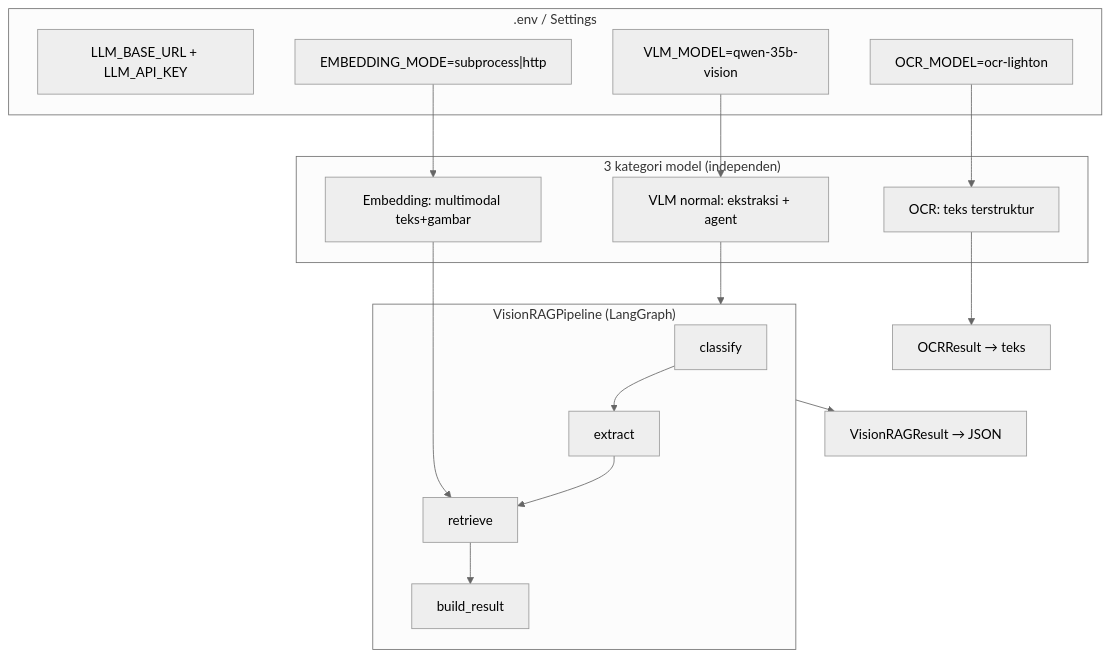
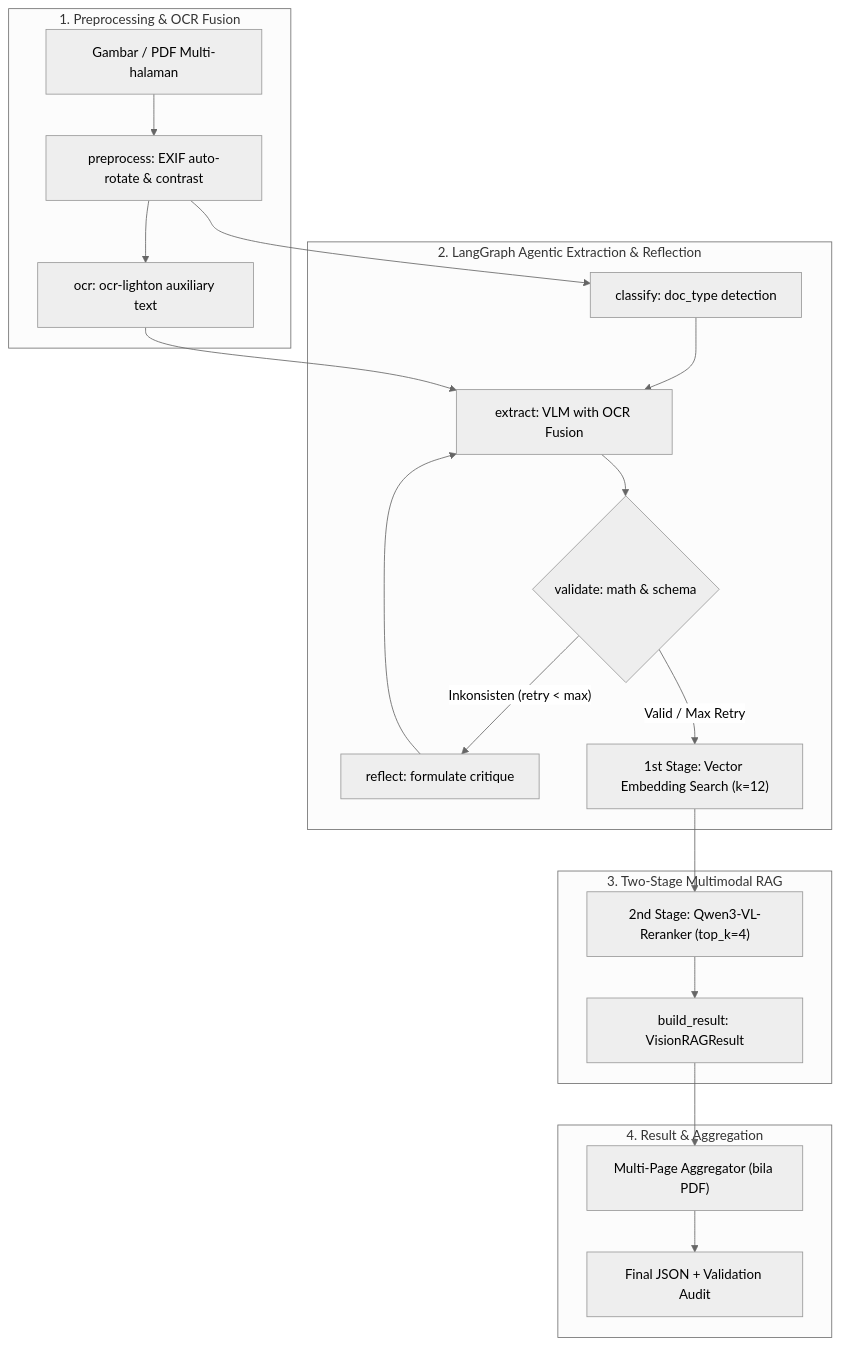
Before and after one commit to daruoktab/jds-magang-ocr-agent: the diagram in README.md, drawn with Mermaid (neutral theme). The commit also changed other lines of this file and 15 other files, not shown here.

Commit message:
feat: implement agentic self-reflection, OCR fusion, two-stage reranking, and multi-page PDF support

````diff
--- a/README.md
+++ b/README.md
@@ -14,29 +15,27 @@
 ```mermaid
 flowchart TD
-    subgraph CONFIG[".env / Settings"]
-        E1[LLM_BASE_URL + LLM_API_KEY]
-        E2[VLM_MODEL=qwen-35b-vision]
-        E3[OCR_MODEL=ocr-lighton]
-        E4["EMBEDDING_MODE=subprocess|http"]
+    subgraph INGESTION["1. Preprocessing & OCR Fusion"]
+        IMG["Gambar / PDF Multi-halaman"] --> PRE["preprocess: EXIF auto-rotate & contrast"]
+        PRE --> OCR["ocr: ocr-lighton auxiliary text"]
     end
 
-    subgraph MODEL["3 kategori model (independen)"]
-        V[VLM normal: ekstraksi + agent]
-        O[OCR: teks terstruktur]
-        M[Embedding: multimodal teks+gambar]
+    subgraph AGENTIC_GRAPH["2. LangGraph Agentic Extraction & Reflection"]
+        PRE --> CLS["classify: doc_type detection"]
+        CLS --> EXT["extract: VLM with OCR Fusion"]
+        OCR --> EXT
+        EXT --> VAL{"validate: math & schema"}
+        VAL -- "Inkonsisten (retry < max)" --> REF["reflect: formulate critique"]
+        REF --> EXT
+        VAL -- "Valid / Max Retry" --> RET
     end
 
-    subgraph PIPELINE["VisionRAGPipeline (LangGraph)"]
-        C[classify] --> X[extract]
-        X --> R[retrieve]
-        R --> B[build_result]
+    subgraph RETRIEVAL["3. Two-Stage Multimodal RAG"]
+        RET["1st Stage: Vector Embedding Search (k=12)"] --> RRK["2nd Stage: Qwen3-VL-Reranker (top_k=4)"]
+        RRK --> BUILD["build_result: VisionRAGResult"]
     end
 
-    E2 --> V
-    E3 --> O
-    E4 --> M
-    V --> PIPELINE
-    M --> R
-    PIPELINE --> RES["VisionRAGResult → JSON"]
-    O --> OCR2["OCRResult → teks"]
+    subgraph OUTPUT["4. Result & Aggregation"]
+        BUILD --> PDF_MERGE["Multi-Page Aggregator (bila PDF)"]
+        PDF_MERGE --> JSON_OUT["Final JSON + Validation Audit"]
+    end
 ```
````
